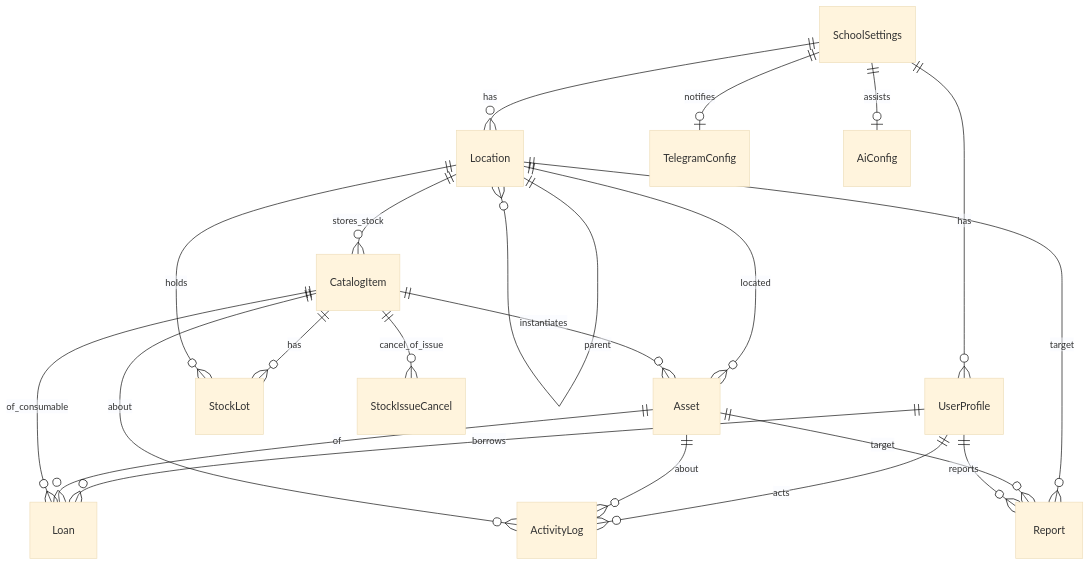
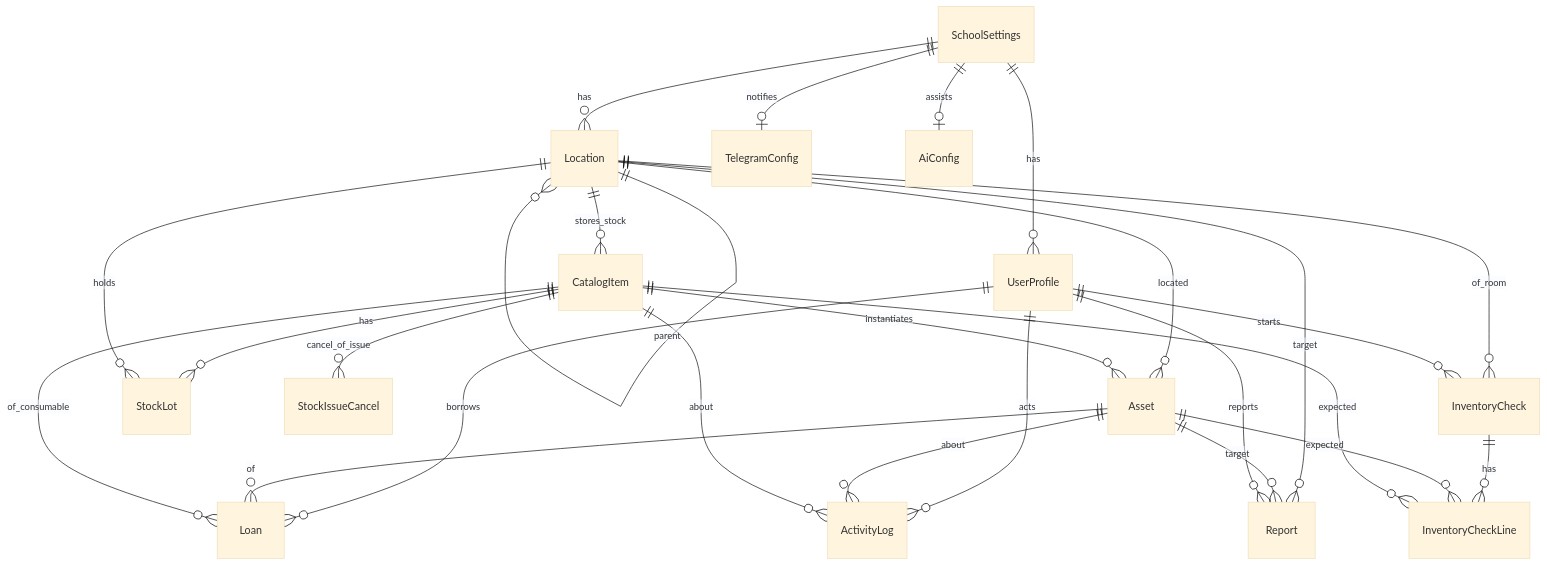
One commit to progh2/inni changed the diagram in docs/ERD.md. Above: the diagram before and after it, drawn with Mermaid (base theme). The commit also changed other lines of this file and 26 other files, not shown here.

First line of the commit message:
Add a light room inventory-check MVP.

````diff
--- a/docs/ERD.md
+++ b/docs/ERD.md
@@ -7,23 +7,28 @@
 ```mermaid
 erDiagram
   SchoolSettings ||--o{ UserProfile : has
   SchoolSettings ||--o{ Location : has
   Location ||--o{ Location : parent
   Location ||--o{ CatalogItem : stores_stock
   Location ||--o{ Asset : located
   CatalogItem ||--o{ Asset : instantiates
   CatalogItem ||--o{ StockLot : has
   Location ||--o{ StockLot : holds
   UserProfile ||--o{ Loan : borrows
   Asset ||--o{ Loan : of
   CatalogItem ||--o{ Loan : of_consumable
   CatalogItem ||--o{ StockIssueCancel : cancel_of_issue
   UserProfile ||--o{ ActivityLog : acts
   Asset ||--o{ ActivityLog : about
   CatalogItem ||--o{ ActivityLog : about
   Location ||--o{ Report : target
   Asset ||--o{ Report : target
   UserProfile ||--o{ Report : reports
+  Location ||--o{ InventoryCheck : of_room
+  UserProfile ||--o{ InventoryCheck : starts
+  InventoryCheck ||--o{ InventoryCheckLine : has
+  Asset ||--o{ InventoryCheckLine : expected
+  CatalogItem ||--o{ InventoryCheckLine : expected
   SchoolSettings ||--o| TelegramConfig : notifies
   SchoolSettings ||--o| AiConfig : assists
 ```
````
